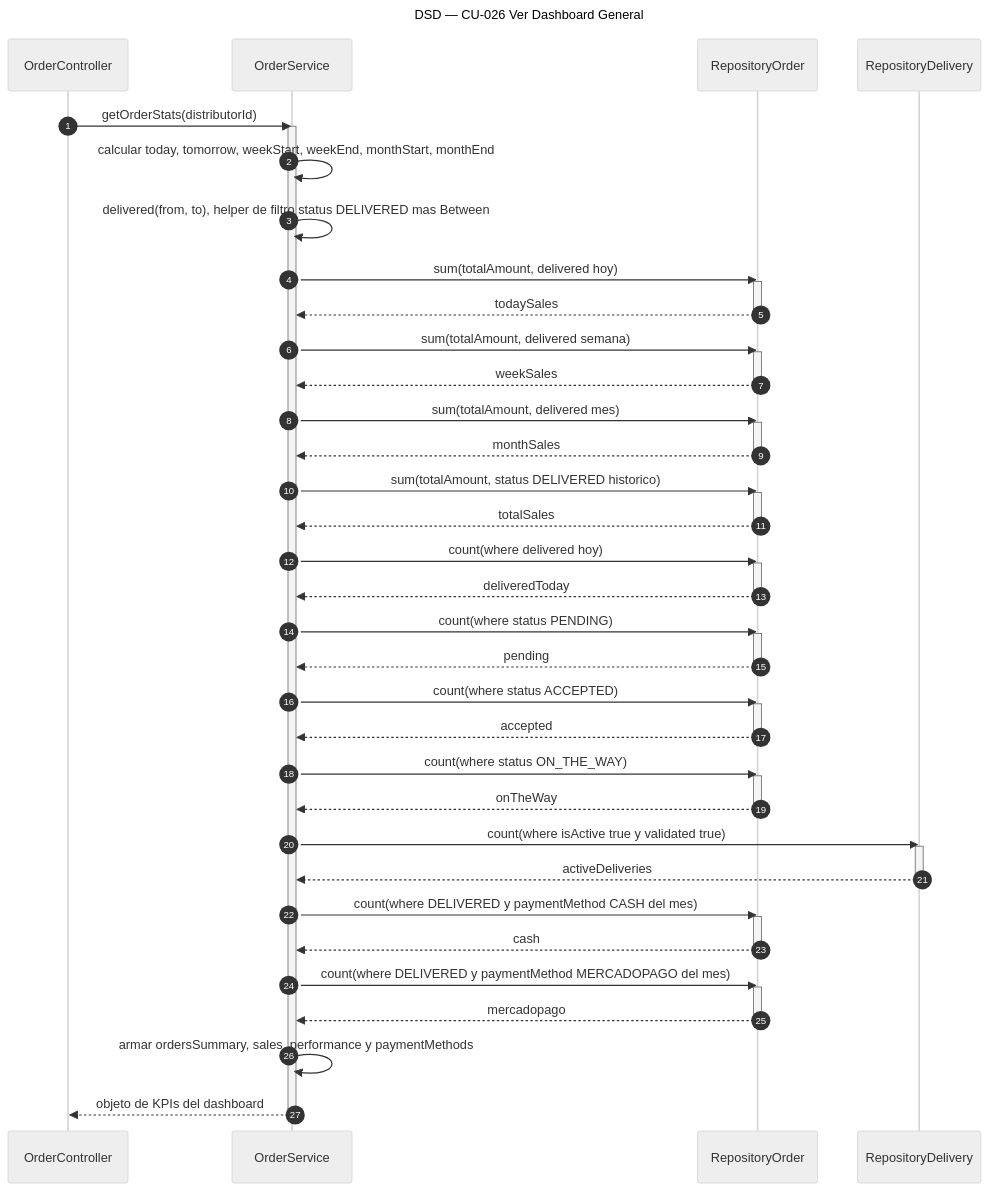
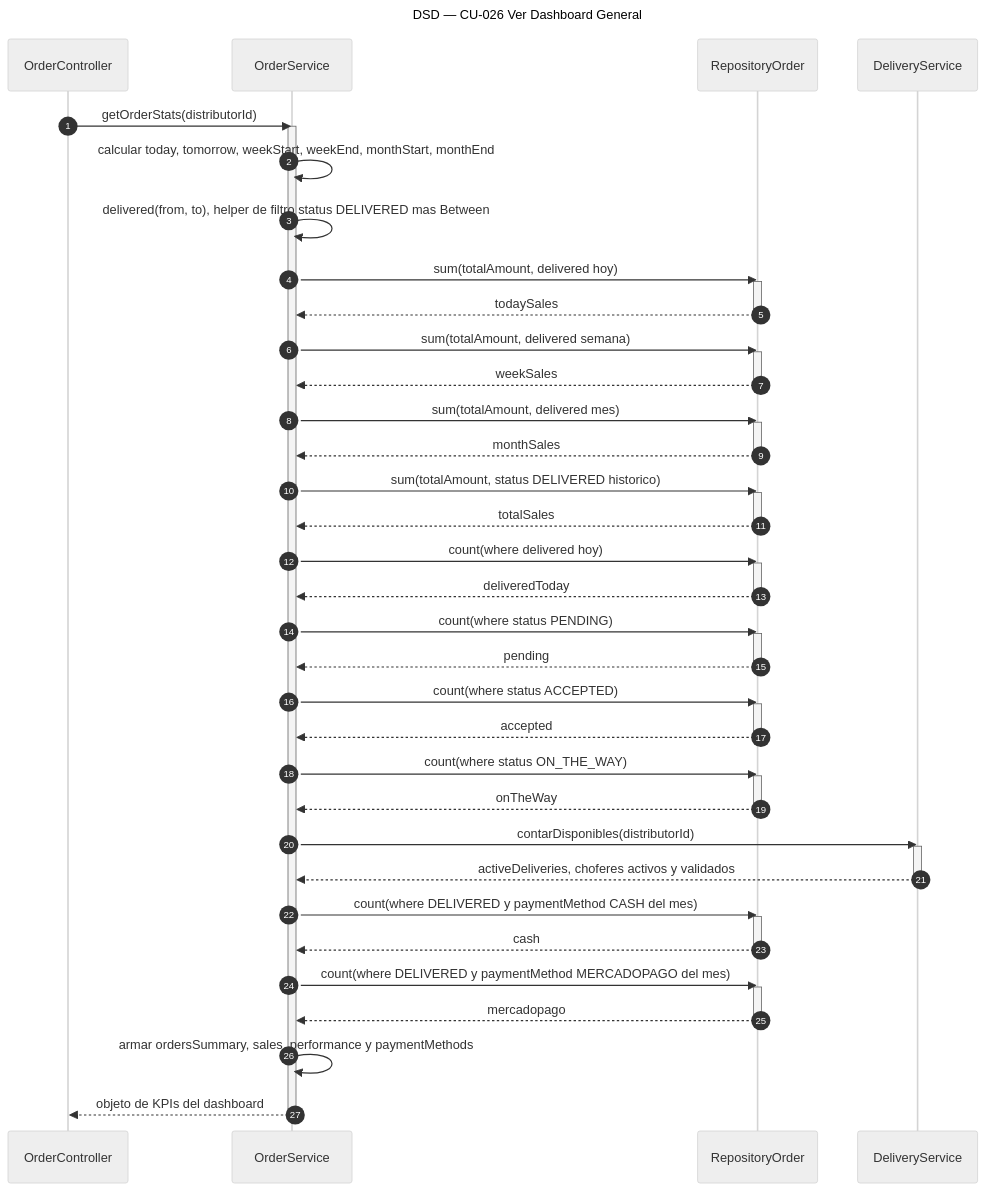
One commit to Nahuelito-Dev/splg-docs changed the diagram in diagramas/DSD_CU-026_Ver-Dashboard-General.mmd. Above: the diagram before and after it, drawn with Mermaid (neutral theme). The commit also changed 53 other files, not shown here.

```diff
--- a/diagramas/DSD_CU-026_Ver-Dashboard-General.mmd
+++ b/diagramas/DSD_CU-026_Ver-Dashboard-General.mmd
@@ -1,59 +1,59 @@
 sequenceDiagram
     title DSD — CU-026 Ver Dashboard General
     autonumber
     participant CTRL as OrderController
     participant SRV as OrderService
     participant OREP as RepositoryOrder
-    participant DREP as RepositoryDelivery
+    participant DSRV as DeliveryService
 
     CTRL->>SRV: getOrderStats(distributorId)
     activate SRV
     SRV->>SRV: calcular today, tomorrow, weekStart, weekEnd, monthStart, monthEnd
     SRV->>SRV: delivered(from, to), helper de filtro status DELIVERED mas Between
     SRV->>OREP: sum(totalAmount, delivered hoy)
     activate OREP
     OREP-->>SRV: todaySales
     deactivate OREP
     SRV->>OREP: sum(totalAmount, delivered semana)
     activate OREP
     OREP-->>SRV: weekSales
     deactivate OREP
     SRV->>OREP: sum(totalAmount, delivered mes)
     activate OREP
     OREP-->>SRV: monthSales
     deactivate OREP
     SRV->>OREP: sum(totalAmount, status DELIVERED historico)
     activate OREP
     OREP-->>SRV: totalSales
     deactivate OREP
     SRV->>OREP: count(where delivered hoy)
     activate OREP
     OREP-->>SRV: deliveredToday
     deactivate OREP
     SRV->>OREP: count(where status PENDING)
     activate OREP
     OREP-->>SRV: pending
     deactivate OREP
     SRV->>OREP: count(where status ACCEPTED)
     activate OREP
     OREP-->>SRV: accepted
     deactivate OREP
     SRV->>OREP: count(where status ON_THE_WAY)
     activate OREP
     OREP-->>SRV: onTheWay
     deactivate OREP
-    SRV->>DREP: count(where isActive true y validated true)
-    activate DREP
-    DREP-->>SRV: activeDeliveries
-    deactivate DREP
+    SRV->>DSRV: contarDisponibles(distributorId)
+    activate DSRV
+    DSRV-->>SRV: activeDeliveries, choferes activos y validados
+    deactivate DSRV
     SRV->>OREP: count(where DELIVERED y paymentMethod CASH del mes)
     activate OREP
     OREP-->>SRV: cash
     deactivate OREP
     SRV->>OREP: count(where DELIVERED y paymentMethod MERCADOPAGO del mes)
     activate OREP
     OREP-->>SRV: mercadopago
     deactivate OREP
     SRV->>SRV: armar ordersSummary, sales, performance y paymentMethods
     SRV-->>CTRL: objeto de KPIs del dashboard
     deactivate SRV
```
